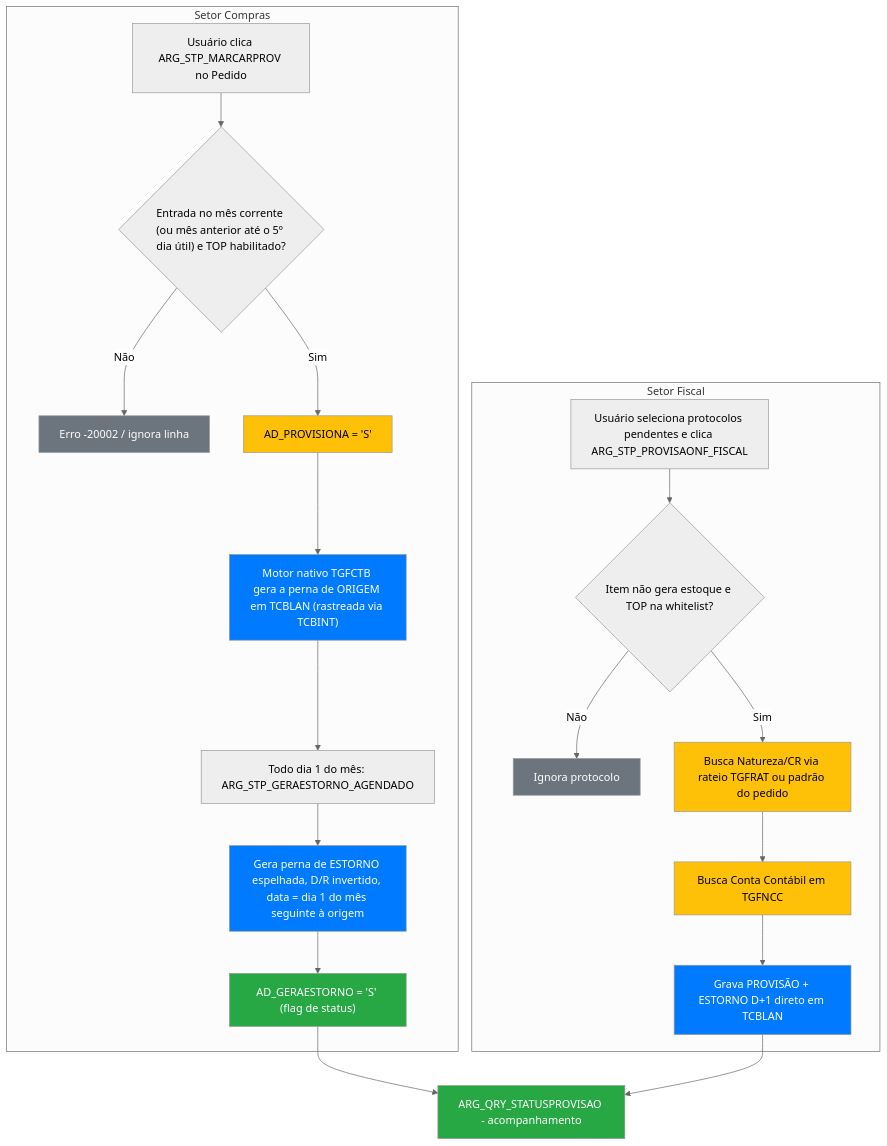
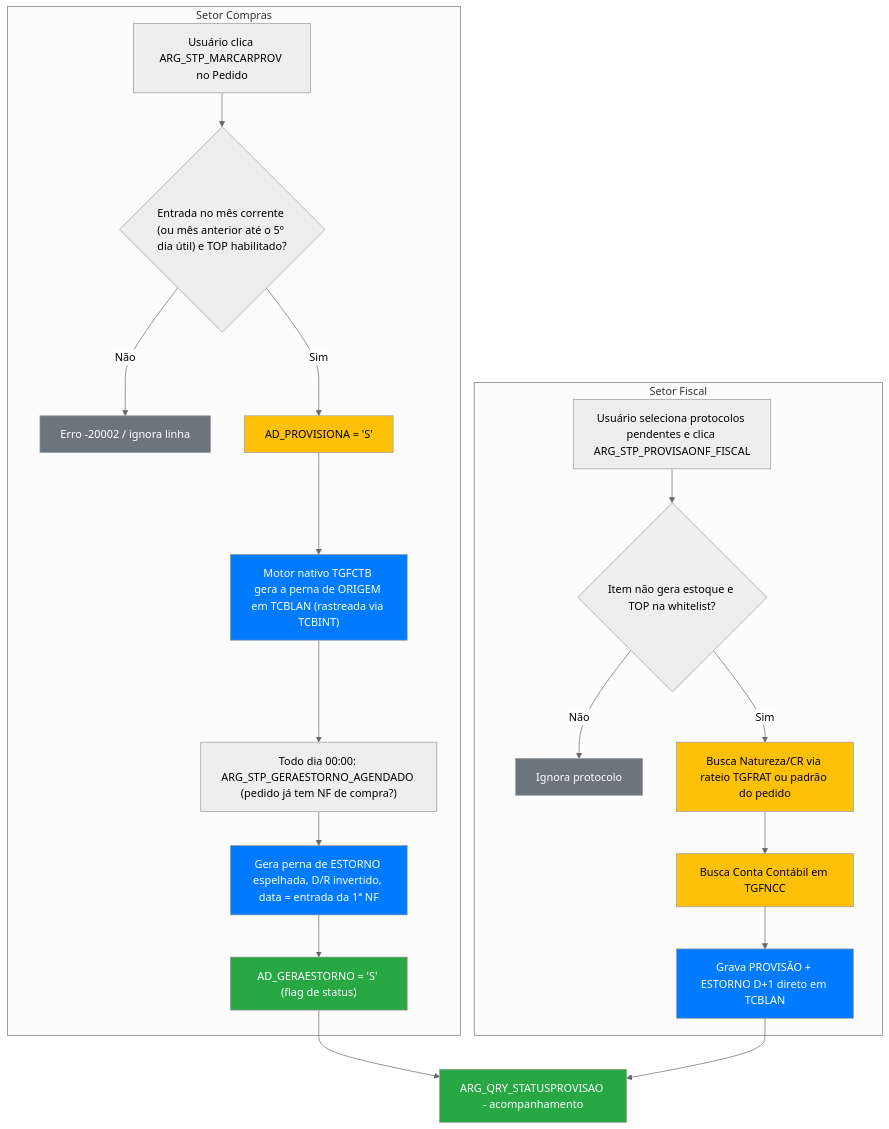
Before and after one commit to GrupoArgoFruta/ARG_STP_GERAESTORNO_AGENDADO: the diagram in README.md, drawn with Mermaid (neutral theme). The commit also changed other lines of this file and 2 other files, not shown here.

Commit message:
fix(provisao): gera estorno no mes da NF e isola erro por pedido

````diff
--- a/README.md
+++ b/README.md
@@ -104,34 +105,34 @@
 ```mermaid
 flowchart TD
     subgraph Compras["Setor Compras"]
         A["Usuário clica ARG_STP_MARCARPROV no Pedido"] --> B{"Entrada no mês corrente (ou mês anterior até o 5º dia útil) e TOP habilitado?"}
         B -- Não --> B1["Erro -20002 / ignora linha"]
         B -- Sim --> C["AD_PROVISIONA = 'S'"]
         C --> D["Motor nativo TGFCTB gera a perna de ORIGEM em TCBLAN (rastreada via TCBINT)"]
-        D --> E["Todo dia 1 do mês: ARG_STP_GERAESTORNO_AGENDADO"]
-        E --> F["Gera perna de ESTORNO espelhada, D/R invertido, data = dia 1 do mês seguinte à origem"]
+        D --> E["Todo dia 00:00: ARG_STP_GERAESTORNO_AGENDADO (pedido já tem NF de compra?)"]
+        E --> F["Gera perna de ESTORNO espelhada, D/R invertido, data = entrada da 1ª NF"]
         F --> G["AD_GERAESTORNO = 'S' (flag de status)"]
     end
 
     subgraph Fiscal["Setor Fiscal"]
         H["Usuário seleciona protocolos pendentes e clica ARG_STP_PROVISAONF_FISCAL"] --> I{"Item não gera estoque e TOP na whitelist?"}
         I -- Não --> I1["Ignora protocolo"]
         I -- Sim --> J["Busca Natureza/CR via rateio TGFRAT ou padrão do pedido"]
         J --> K["Busca Conta Contábil em TGFNCC"]
         K --> L["Grava PROVISÃO + ESTORNO D+1 direto em TCBLAN"]
     end
 
     G --> M["ARG_QRY_STATUSPROVISAO - acompanhamento"]
     L --> M
 
     style D fill:#007bff,color:#fff
     style F fill:#007bff,color:#fff
     style L fill:#007bff,color:#fff
     style C fill:#ffc107
     style J fill:#ffc107
     style K fill:#ffc107
     style G fill:#28a745,color:#fff
     style M fill:#28a745,color:#fff
     style B1 fill:#6c757d,color:#fff
     style I1 fill:#6c757d,color:#fff
 ```
````
